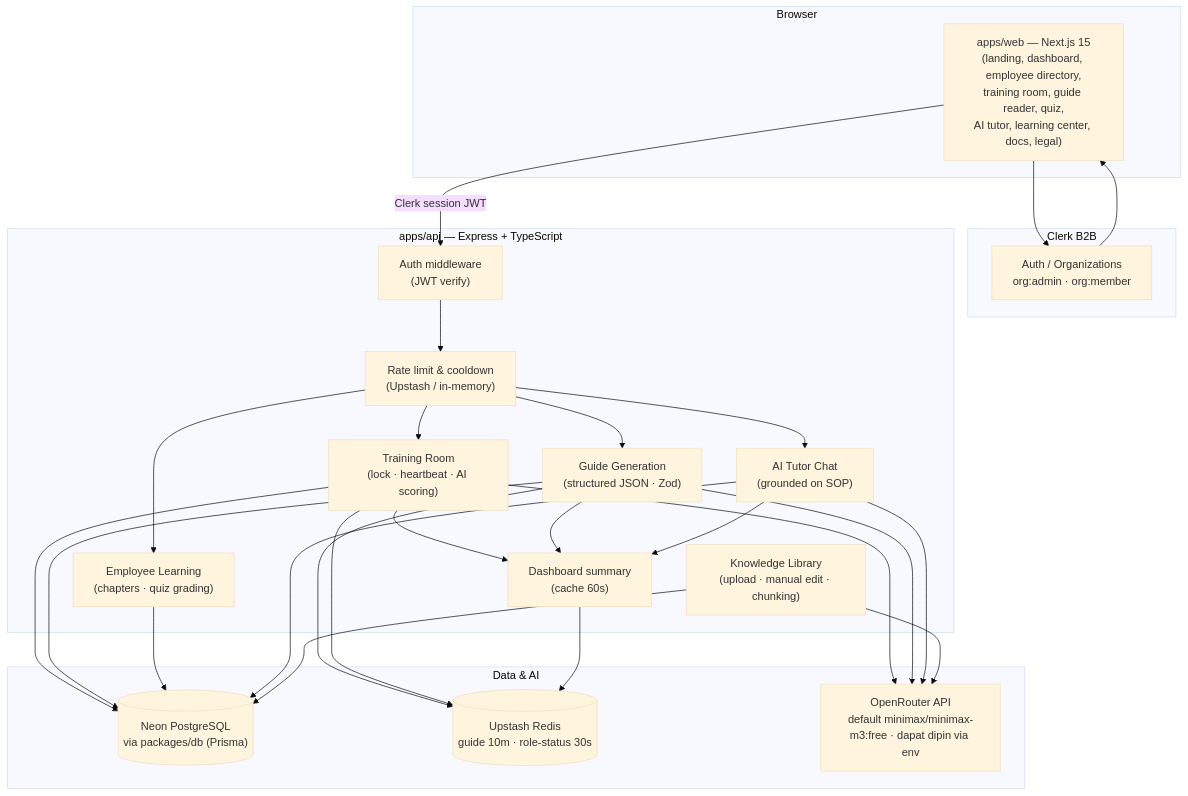
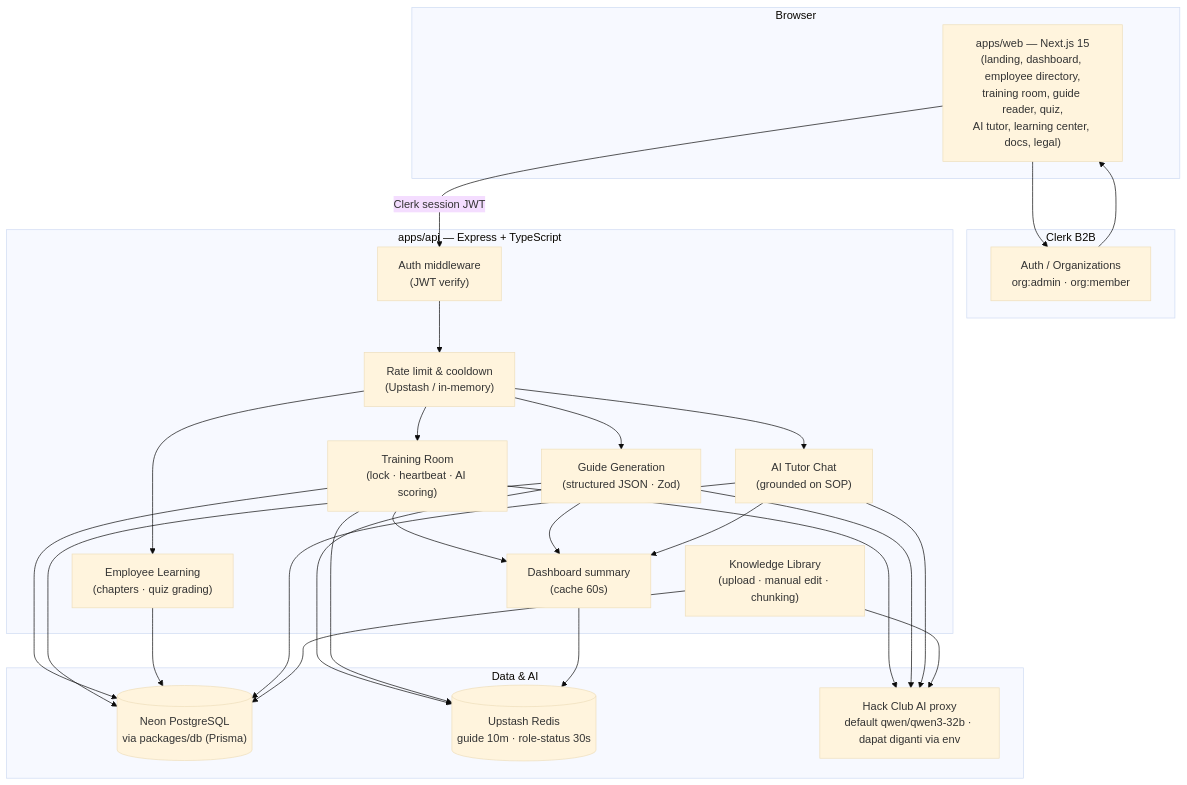
Before and after one commit to alarixfr/emplobo: the diagram in README.md, drawn with Mermaid (base theme). The commit also changed other lines of this file and 9 other files, not shown here.

Commit message:
feat(api): move AI traffic to Hack Club proxy via OpenAI SDK (qwen3-32b default)

````diff
--- a/README.md
+++ b/README.md
@@ -190,41 +190,41 @@
 ```mermaid
 flowchart TB
   subgraph Browser["Browser"]
     W["apps/web — Next.js 15<br/>(landing, dashboard, employee directory,<br/>training room, guide reader, quiz,<br/>AI tutor, learning center, docs, legal)"]
   end
 
   subgraph Clerk["Clerk B2B"]
     CL["Auth / Organizations<br/>org:admin · org:member"]
   end
 
   subgraph API["apps/api — Express + TypeScript"]
     A["Auth middleware<br/>(JWT verify)"]
     RL["Rate limit & cooldown<br/>(Upstash / in-memory)"]
     TR["Training Room<br/>(lock · heartbeat · AI scoring)"]
     GG["Guide Generation<br/>(structured JSON · Zod)"]
     KB["Knowledge Library<br/>(upload · manual edit · chunking)"]
     EMP["Employee Learning<br/>(chapters · quiz grading)"]
     CH["AI Tutor Chat<br/>(grounded on SOP)"]
     DBX["Dashboard summary<br/>(cache 60s)"]
   end
 
   subgraph Data["Data & AI"]
     DB[("Neon PostgreSQL<br/>via packages/db (Prisma)")]
     RC[("Upstash Redis<br/>guide 10m · role-status 30s")]
-    AI["OpenRouter API<br/>default minimax/minimax-m3:free · dapat dipin via env"]
+    AI["Hack Club AI proxy<br/>default qwen/qwen3-32b · dapat diganti via env"]
   end
 
   W -->|Clerk session JWT| A
   W --> CL
   CL --> W
   A --> RL
   RL --> TR & GG & EMP & CH
   TR --> AI
   GG --> AI
   CH --> AI
   KB --> AI
   TR & GG & CH --> DBX
   TR & GG & EMP & CH & KB --> DB
   GG & TR --> RC
   DBX --> RC
 ```
````
